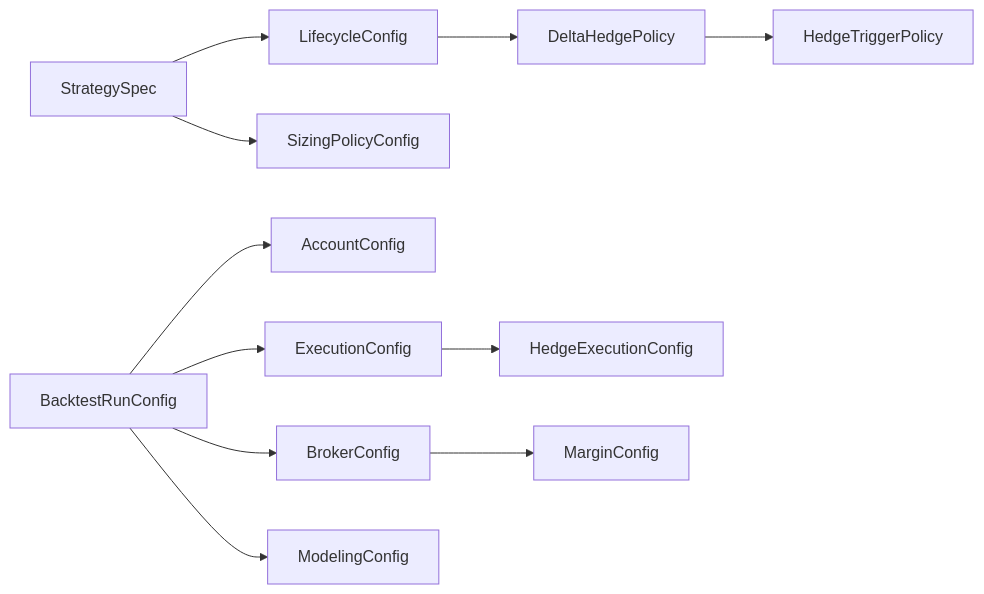
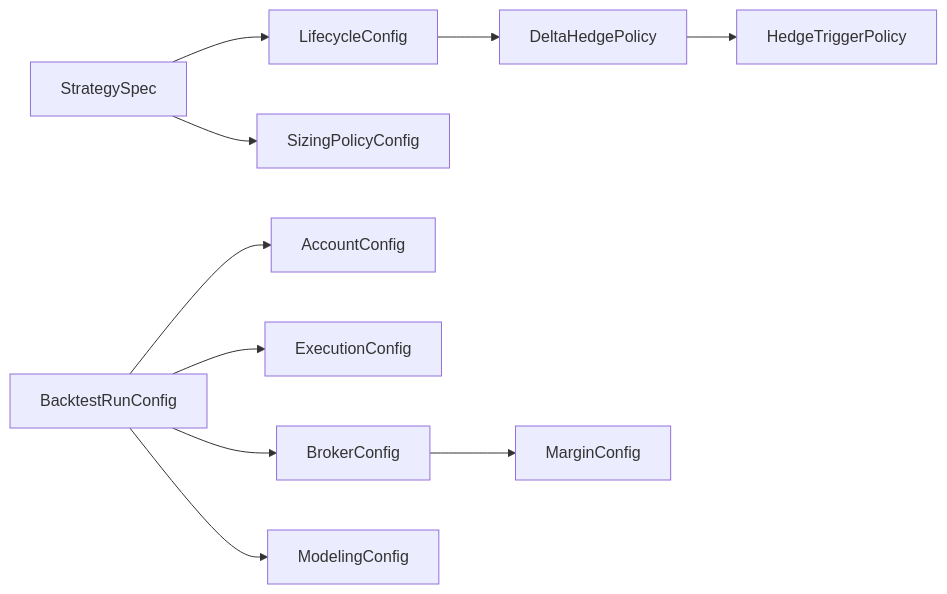
Before and after one commit to anthonymakarewicz/volatility-trading: the third of 6 diagrams in docs/reference/backtesting/architecture_internals.md, drawn with Mermaid. The commit also changed other lines of this file and 10 other files, not shown here.

Commit message:
refactor(config)!: move hedge execution model into ExecutionConfig

````diff
--- a/docs/reference/backtesting/architecture_internals.md
+++ b/docs/reference/backtesting/architecture_internals.md
@@ -136,13 +136,12 @@
 ```mermaid
 flowchart LR
     S[StrategySpec] --> S1[LifecycleConfig]
     S1 --> S11[DeltaHedgePolicy]
     S11 --> S12[HedgeTriggerPolicy]
     S --> S2[SizingPolicyConfig]
     R[BacktestRunConfig] --> R1[AccountConfig]
     R --> R2[ExecutionConfig]
-    R2 --> R21[HedgeExecutionConfig]
     R --> R3[BrokerConfig]
     R --> R4[ModelingConfig]
     R3 --> R31[MarginConfig]
 ```
````
